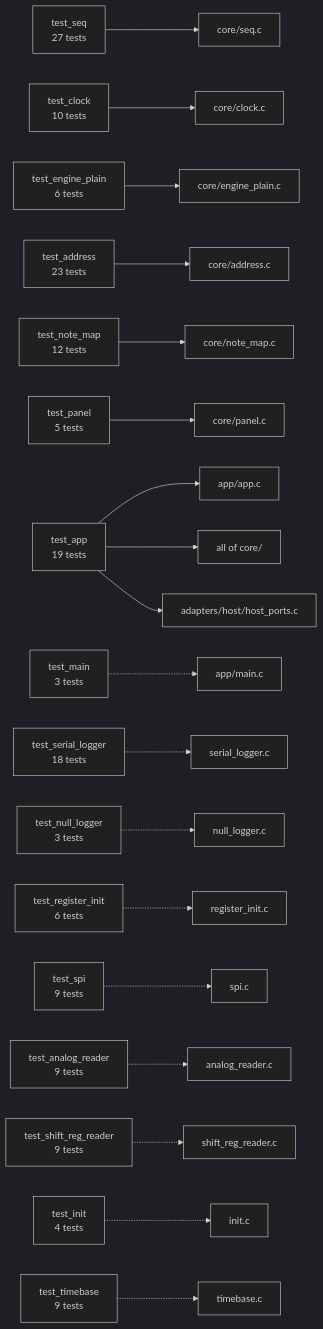
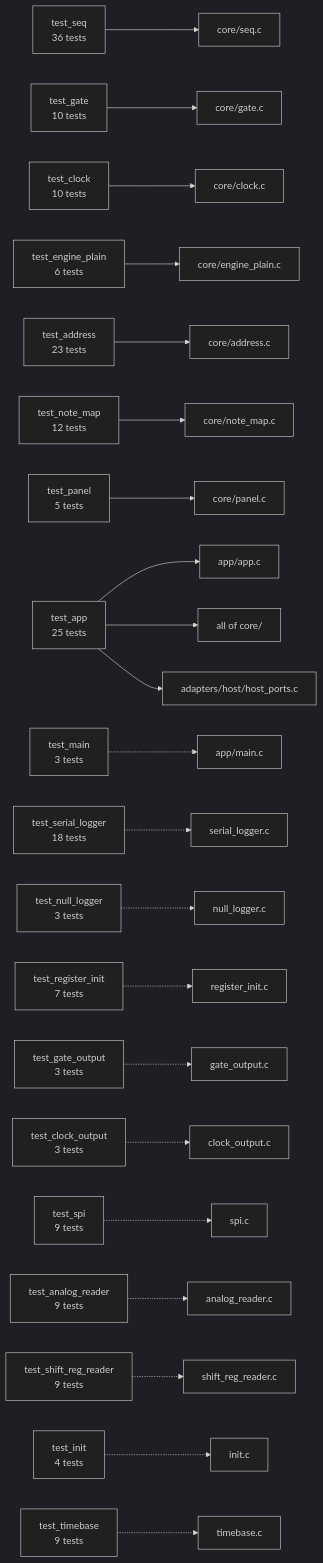
One commit to BonelessPig/nano_sequencer changed diagram 16 of 20 in docs/ARCHITECTURE.md. Above: the diagram before and after it, drawn with Mermaid (dark theme). The commit also changed other lines of this file and 33 other files, not shown here.

First line of the commit message:
Phase 3: gate and clock outputs

````diff
--- a/docs/ARCHITECTURE.md
+++ b/docs/ARCHITECTURE.md
@@ -562,21 +622,24 @@
 ```mermaid
 flowchart LR
-    t_seq["test_seq<br/>27 tests"] --> seq["core/seq.c"]
+    t_seq["test_seq<br/>36 tests"] --> seq["core/seq.c"]
+    t_gate["test_gate<br/>10 tests"] --> gate["core/gate.c"]
     t_clock["test_clock<br/>10 tests"] --> clock["core/clock.c"]
     t_engine["test_engine_plain<br/>6 tests"] --> engine["core/engine_plain.c"]
     t_address["test_address<br/>23 tests"] --> address["core/address.c"]
     t_note["test_note_map<br/>12 tests"] --> note["core/note_map.c"]
     t_panel["test_panel<br/>5 tests"] --> panel["core/panel.c"]
-    t_app["test_app<br/>19 tests"] --> app["app/app.c"]
+    t_app["test_app<br/>25 tests"] --> app["app/app.c"]
     t_app --> core["all of core/"]
     t_app --> hostp["adapters/host/host_ports.c"]
     t_main["test_main<br/>3 tests"] -.-> mainc["app/main.c"]
     t_ser["test_serial_logger<br/>18 tests"] -.-> ser["serial_logger.c"]
     t_null["test_null_logger<br/>3 tests"] -.-> nul["null_logger.c"]
-    t_reg["test_register_init<br/>6 tests"] -.-> reg["register_init.c"]
+    t_reg["test_register_init<br/>7 tests"] -.-> reg["register_init.c"]
+    t_gout["test_gate_output<br/>3 tests"] -.-> gout["gate_output.c"]
+    t_cout["test_clock_output<br/>3 tests"] -.-> cout["clock_output.c"]
     t_spi["test_spi<br/>9 tests"] -.-> spi["spi.c"]
     t_adc["test_analog_reader<br/>9 tests"] -.-> adc["analog_reader.c"]
     t_shift["test_shift_reg_reader<br/>9 tests"] -.-> shift["shift_reg_reader.c"]
     t_init["test_init<br/>4 tests"] -.-> init["init.c"]
     t_time["test_timebase<br/>9 tests"] -.-> time["timebase.c"]
 ```
````
